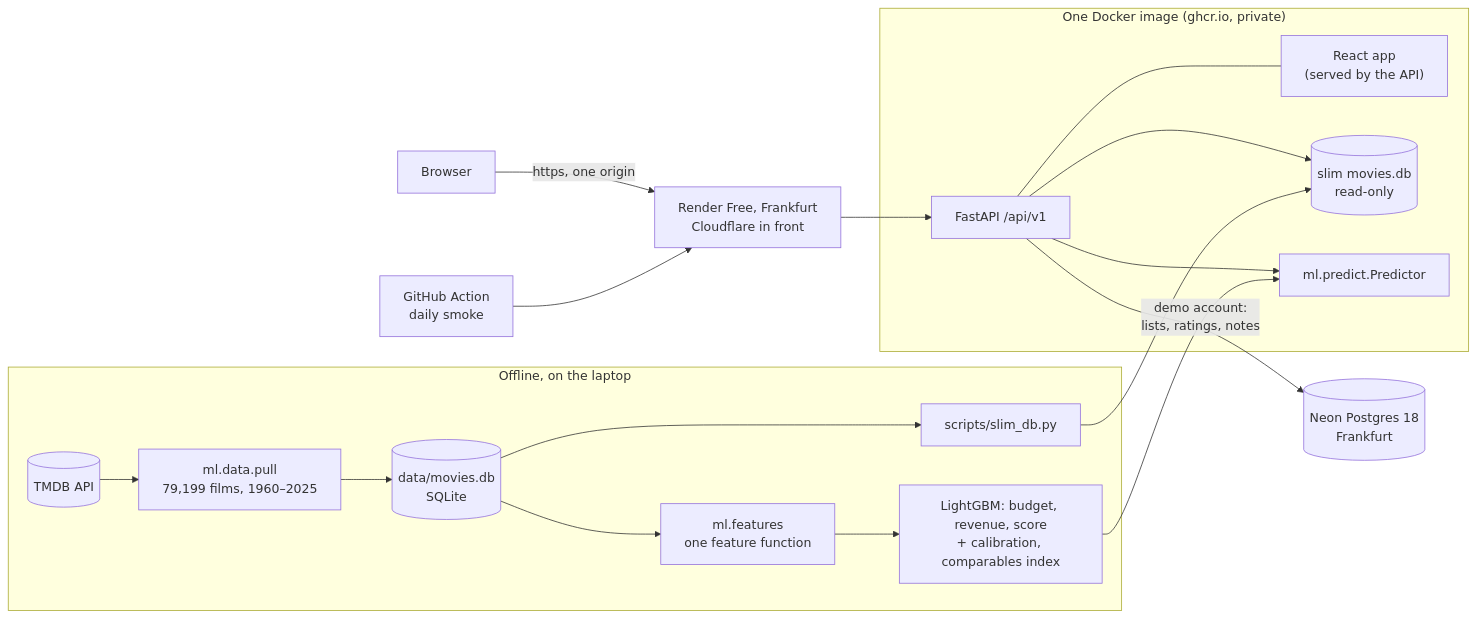
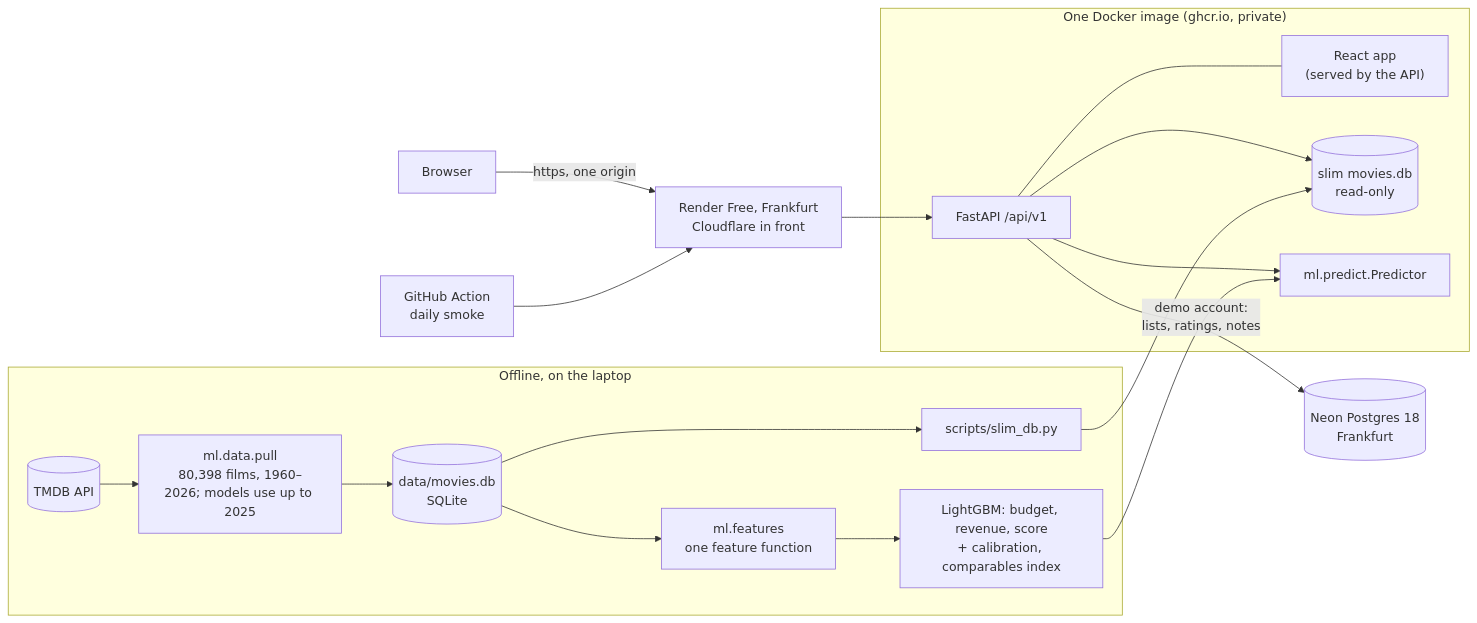
The first of 2 diagrams in docs/architecture.md (Tsomaros/Movies_Prediction_Project), drawn with Mermaid before and after one commit. The commit also changed 25 other files, not shown here.

````diff
--- a/docs/architecture.md
+++ b/docs/architecture.md
@@ -7,26 +7,26 @@
 ```mermaid
 flowchart LR
     subgraph offline["Offline, on the laptop"]
-        tmdb[("TMDB API")] --> pull["ml.data.pull<br/>79,199 films, 1960–2025"]
+        tmdb[("TMDB API")] --> pull["ml.data.pull<br/>80,398 films, 1960–2026; models use up to 2025"]
         pull --> db[("data/movies.db<br/>SQLite")]
         db --> features["ml.features<br/>one feature function"]
         features --> models["LightGBM: budget, revenue, score<br/>+ calibration, comparables index"]
         db --> slim["scripts/slim_db.py"]
     end
 
     subgraph image["One Docker image (ghcr.io, private)"]
         api["FastAPI /api/v1"]
         web["React app<br/>(served by the API)"]
         sqlite[("slim movies.db<br/>read-only")]
         predictor["ml.predict.Predictor"]
         api --- web
         api --> sqlite
         api --> predictor
     end
 
     models --> predictor
     slim --> sqlite
     browser["Browser"] -->|"https, one origin"| render["Render Free, Frankfurt<br/>Cloudflare in front"] --> api
     api -->|"demo account:<br/>lists, ratings, notes"| neon[("Neon Postgres 18<br/>Frankfurt")]
     action["GitHub Action<br/>daily smoke"] --> render
 ```
````
